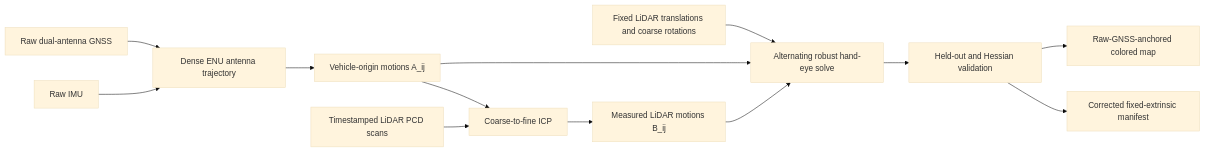
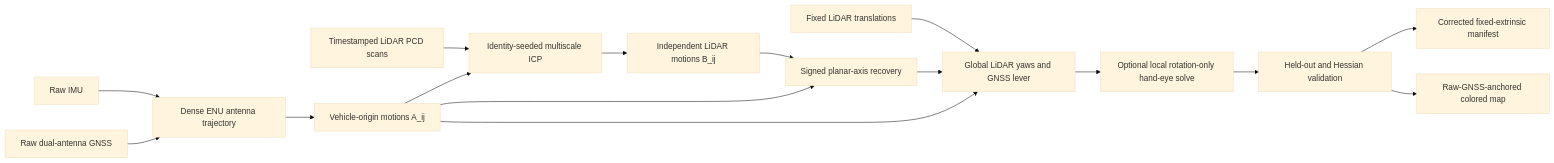
The diagram in docs/methodology/fixed_translation_planar_multi_lidar_calibration.md (Nicky0325/M-LOAM), drawn with Mermaid (base theme) before and after one commit. The commit also changed other lines of this file and 15 other files, not shown here.

````diff
--- a/docs/methodology/fixed_translation_planar_multi_lidar_calibration.md
+++ b/docs/methodology/fixed_translation_planar_multi_lidar_calibration.md
@@ -65,15 +85,18 @@
 ```mermaid
 flowchart LR
     I[Raw IMU] --> N[Dense ENU antenna trajectory]
     G[Raw dual-antenna GNSS] --> N
     N --> A[Vehicle-origin motions A_ij]
-    M[Fixed LiDAR translations and coarse rotations] --> H
-    P[Timestamped LiDAR PCD scans] --> C[Coarse-to-fine ICP]
+    T[Fixed LiDAR translations] --> Y
+    P[Timestamped LiDAR PCD scans] --> C[Identity-seeded multiscale ICP]
     A --> C
-    C --> B[Measured LiDAR motions B_ij]
-    A --> H[Alternating robust hand-eye solve]
-    B --> H
+    C --> B[Independent LiDAR motions B_ij]
+    B --> X[Signed planar-axis recovery]
+    A --> X
+    X --> Y[Global LiDAR yaws and GNSS lever]
+    A --> Y
+    Y --> H[Optional local rotation-only hand-eye solve]
     H --> V[Held-out and Hessian validation]
     V --> E[Corrected fixed-extrinsic manifest]
     V --> Q[Raw-GNSS-anchored colored map]
 ```
````
